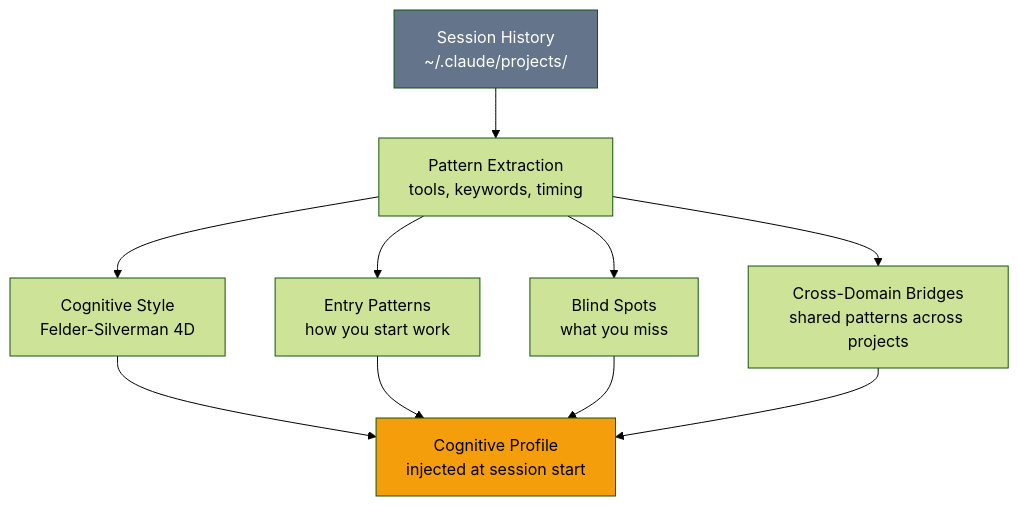
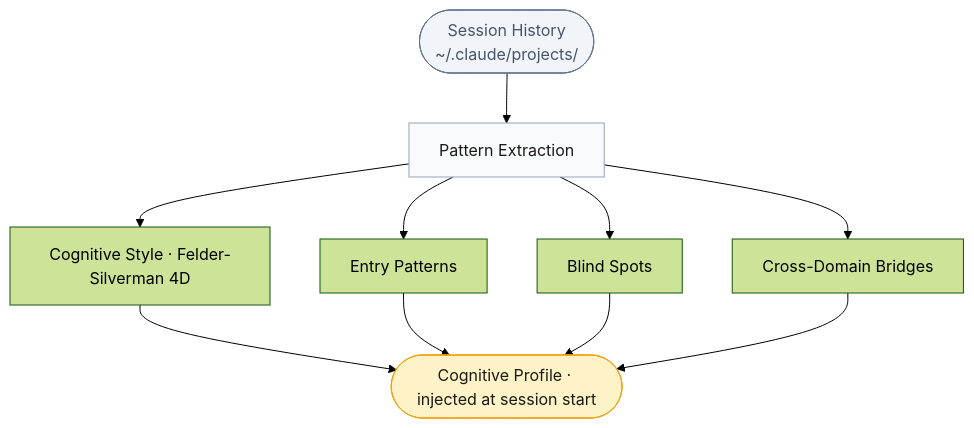
One commit to cdeust/Cortex changed the fifth of 7 diagrams in README.md. Above: the diagram before and after it, drawn with Mermaid (forest theme). The commit also changed other lines of this file and 3 other files, not shown here.

First line of the commit message:
docs: update architecture graph and hero images to match current project

````diff
--- a/README.md
+++ b/README.md
@@ -255,15 +264,17 @@
 ```mermaid
 flowchart TD
-    S["Session History<br/>~/.claude/projects/"] --> P["Pattern Extraction<br/>tools, keywords, timing"]
-    P --> CS["Cognitive Style<br/>Felder-Silverman 4D"]
-    P --> EP["Entry Patterns<br/>how you start work"]
-    P --> BP["Blind Spots<br/>what you miss"]
-    P --> CB["Cross-Domain Bridges<br/>shared patterns across projects"]
-    CS --> PR["Cognitive Profile<br/>injected at session start"]
+    S(["Session History
+    ~/.claude/projects/"]) --> P[Pattern Extraction]
+    P --> CS[Cognitive Style · Felder-Silverman 4D]
+    P --> EP[Entry Patterns]
+    P --> BP[Blind Spots]
+    P --> CB[Cross-Domain Bridges]
+    CS --> PR([Cognitive Profile · injected at session start])
     EP --> PR
     BP --> PR
     CB --> PR
 
-    style S fill:#64748b,color:#fff
-    style PR fill:#f59e0b,color:#000
+    style S fill:#f1f5f9,stroke:#64748b,color:#475569
+    style P fill:#f8fafc,stroke:#94a3b8,color:#1c1917
+    style PR fill:#fef3c7,stroke:#f59e0b,color:#1c1917
 ```
````
